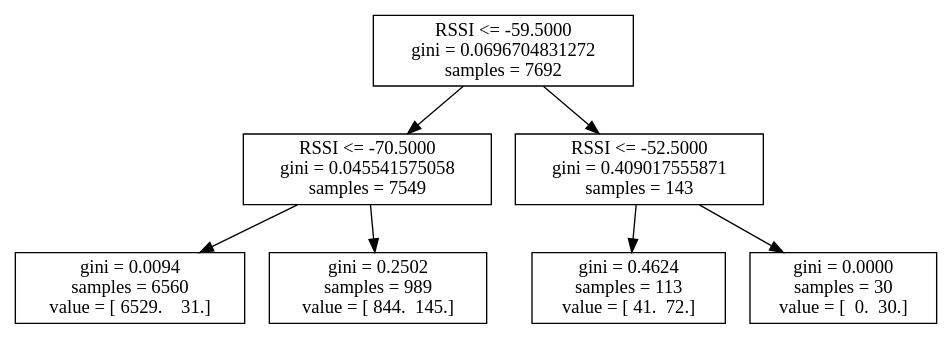
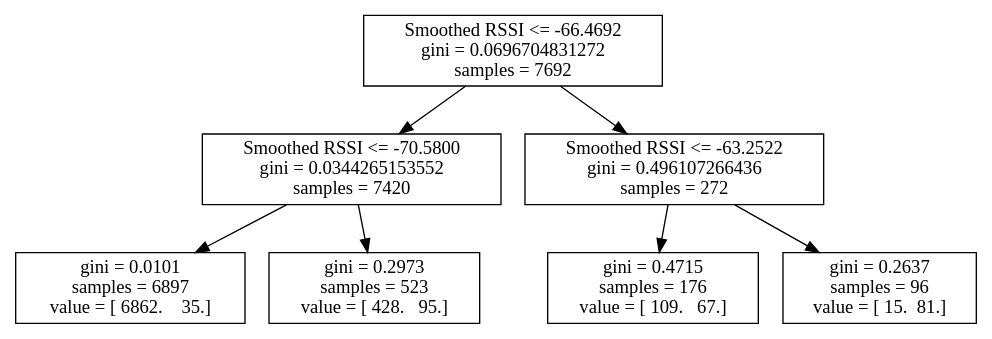
The diagram in logs/4_19/log29.dot (atitus5/6s062-Project), drawn with Graphviz before and after one commit. The commit also changed 75 other files, not shown here.

```diff
--- a/logs/4_19/log29.dot
+++ b/logs/4_19/log29.dot
@@ -1,15 +1,15 @@
 digraph Tree {
-0 [label="RSSI <= -59.5000\ngini = 0.0696704831272\nsamples = 7692", shape="box"] ;
-1 [label="RSSI <= -70.5000\ngini = 0.045541575058\nsamples = 7549", shape="box"] ;
+0 [label="Smoothed RSSI <= -66.4692\ngini = 0.0696704831272\nsamples = 7692", shape="box"] ;
+1 [label="Smoothed RSSI <= -70.5800\ngini = 0.0344265153552\nsamples = 7420", shape="box"] ;
 0 -> 1 ;
-2 [label="gini = 0.0094\nsamples = 6560\nvalue = [ 6529.    31.]", shape="box"] ;
+2 [label="gini = 0.0101\nsamples = 6897\nvalue = [ 6862.    35.]", shape="box"] ;
 1 -> 2 ;
-3 [label="gini = 0.2502\nsamples = 989\nvalue = [ 844.  145.]", shape="box"] ;
+3 [label="gini = 0.2973\nsamples = 523\nvalue = [ 428.   95.]", shape="box"] ;
 1 -> 3 ;
-4 [label="RSSI <= -52.5000\ngini = 0.409017555871\nsamples = 143", shape="box"] ;
+4 [label="Smoothed RSSI <= -63.2522\ngini = 0.496107266436\nsamples = 272", shape="box"] ;
 0 -> 4 ;
-5 [label="gini = 0.4624\nsamples = 113\nvalue = [ 41.  72.]", shape="box"] ;
+5 [label="gini = 0.4715\nsamples = 176\nvalue = [ 109.   67.]", shape="box"] ;
 4 -> 5 ;
-6 [label="gini = 0.0000\nsamples = 30\nvalue = [  0.  30.]", shape="box"] ;
+6 [label="gini = 0.2637\nsamples = 96\nvalue = [ 15.  81.]", shape="box"] ;
 4 -> 6 ;
 }
```
